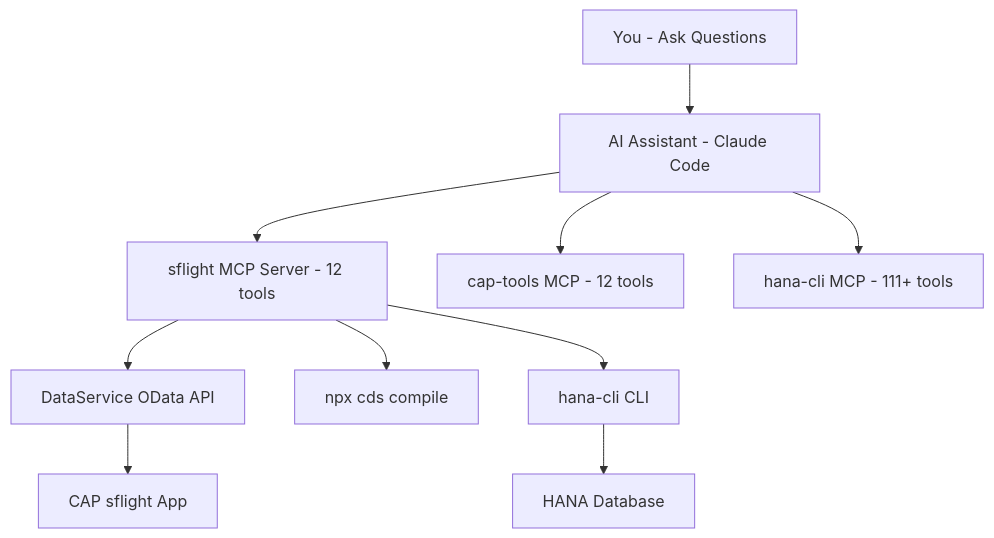
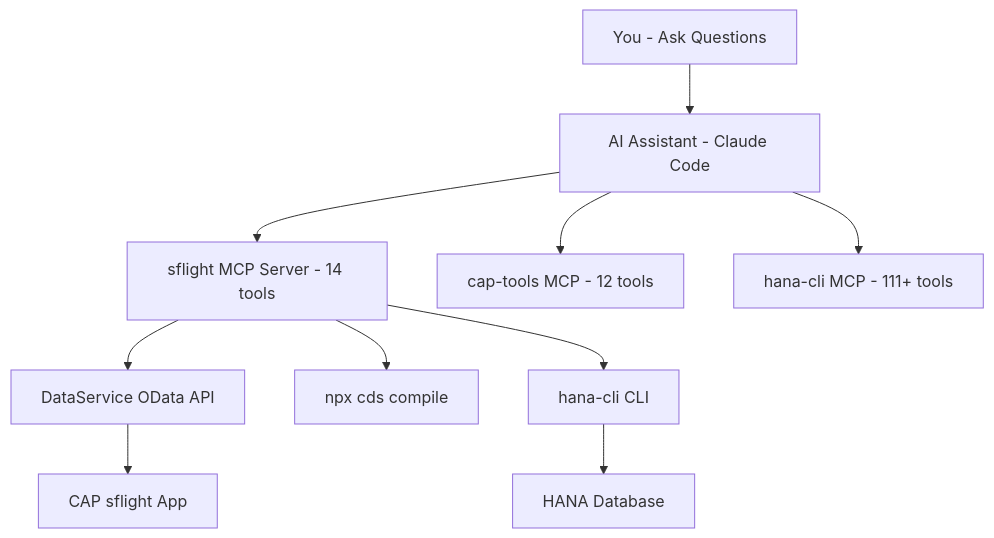
The diagram in README.md (Amit-A2Z/cap-sflight), drawn with Mermaid before and after one commit. The commit also changed other lines of this file and 1 other file, not shown here.

First line of the commit message:
docs: update MCP tools (12 → 14) and add comprehensive OData test queries

````diff
--- a/README.md
+++ b/README.md
@@ -231,12 +233,12 @@
 ```mermaid
 graph TB
     User[You - Ask Questions] --> AI[AI Assistant - Claude Code]
-    AI --> SF[sflight MCP Server - 12 tools]
+    AI --> SF[sflight MCP Server - 14 tools]
     AI --> CAP[cap-tools MCP - 12 tools]
     AI --> HANA[hana-cli MCP - 111+ tools]
     SF --> OData[DataService OData API]
     SF --> CDS[npx cds compile]
     SF --> CLI[hana-cli CLI]
     OData --> App[CAP sflight App]
     CLI --> DB[HANA Database]
 ```
````
